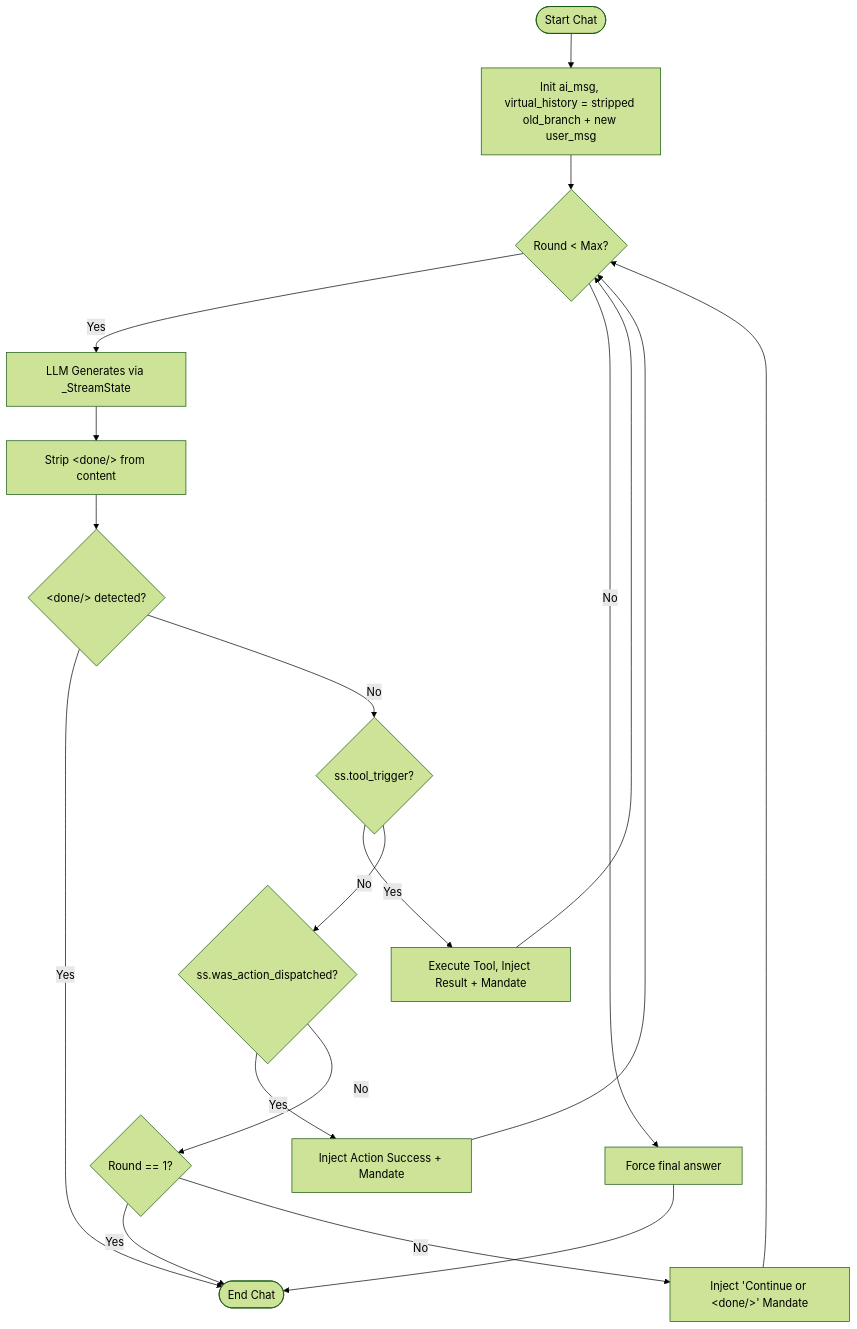
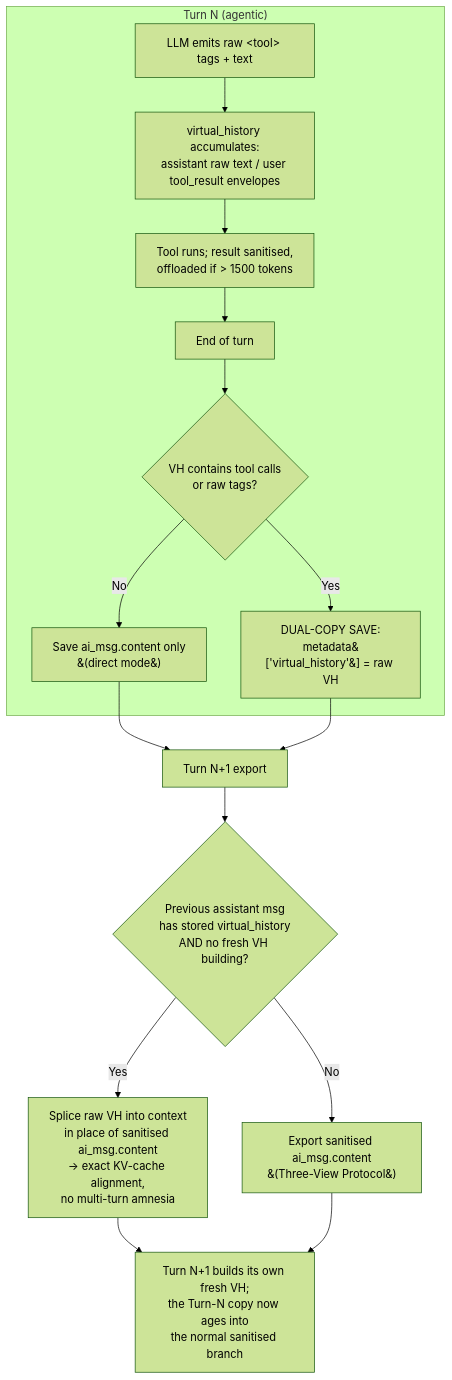
One commit to ParisNeo/lollms_client changed the second of 7 diagrams in src/lollms_client/lollms_discussion/README.md. Above: the diagram before and after it, drawn with Mermaid (forest theme). The commit also changed other lines of this file and 31 other files, not shown here.

````diff
--- a/src/lollms_client/lollms_discussion/README.md
+++ b/src/lollms_client/lollms_discussion/README.md
@@ -383,29 +549,19 @@
 ```mermaid
 flowchart TD
-    Start([Start Chat]) --> Init[Init ai_msg, virtual_history = stripped old_branch + new user_msg]
-    Init --> Loop{Round < Max?}
-    
-    Loop -- Yes --> Gen[LLM Generates via _StreamState]
-    Gen --> StripDone[Strip &lt;done/&gt; from content]
-    StripDone --> DoneDetected{&lt;done/&gt; detected?}
-    
-    DoneDetected -- Yes --> End([End Chat])
-    
-    DoneDetected -- No --> HasTool{ss.tool_trigger?}
-    
-    HasTool -- Yes --> ExecTool[Execute Tool, Inject Result + Mandate]
-    ExecTool --> Loop
-    
-    HasTool -- No --> HasAction{ss.was_action_dispatched?}
-    
-    HasAction -- Yes --> InjectAction[Inject Action Success + Mandate]
-    InjectAction --> Loop
-    
-    HasAction -- No --> IsRound1{Round == 1?}
-    IsRound1 -- Yes --> End
-    IsRound1 -- No --> InjectRemind[Inject 'Continue or &lt;done/&gt;' Mandate]
-    InjectRemind --> Loop
-    
-    Loop -- No --> ForceFinal[Force final answer]
-    ForceFinal --> End
+    subgraph TurnN ["Turn N (agentic)"]
+        A1[LLM emits raw &lt;tool&gt; tags + text] --> A2[virtual_history accumulates:<br/>assistant raw text / user tool_result envelopes]
+        A2 --> A3[Tool runs; result sanitised,<br/>offloaded if &gt; 1500 tokens]
+        A3 --> A4[End of turn]
+        A4 --> A5{VH contains tool calls<br/>or raw tags?}
+        A5 -- No --> A6[Save ai_msg.content only<br/>&#40;direct mode&#41;]
+        A5 -- Yes --> A7[DUAL-COPY SAVE:<br/>metadata&#91;'virtual_history'&#93; = raw VH]
+    end
+
+    A6 --> B1[Turn N+1 export]
+    A7 --> B1
+    B1 --> B2{Previous assistant msg<br/>has stored virtual_history<br/>AND no fresh VH building?}
+    B2 -- Yes --> B3[Splice raw VH into context<br/>in place of sanitised ai_msg.content<br/>→ exact KV-cache alignment,<br/>no multi-turn amnesia]
+    B2 -- No --> B4[Export sanitised ai_msg.content<br/>&#40;Three-View Protocol&#41;]
+    B3 --> B5[Turn N+1 builds its own fresh VH;<br/>the Turn-N copy now ages into<br/>the normal sanitised branch]
+    B4 --> B5
 ```
````
